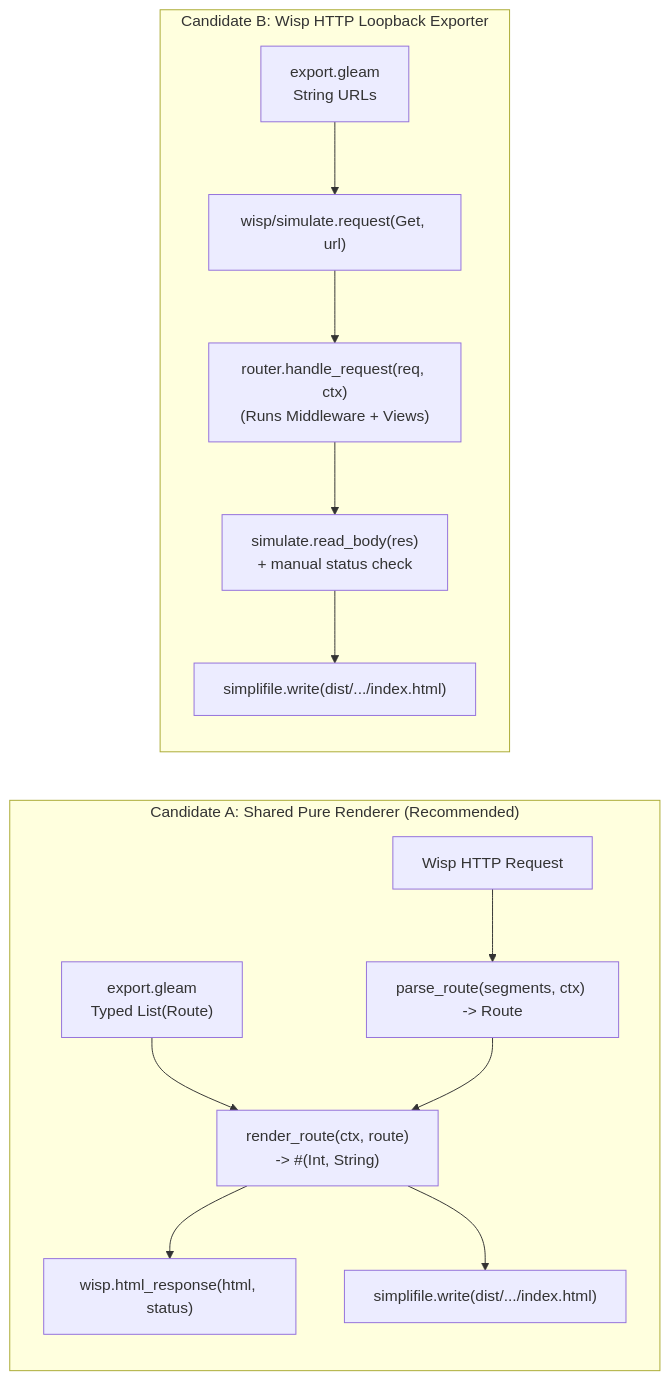
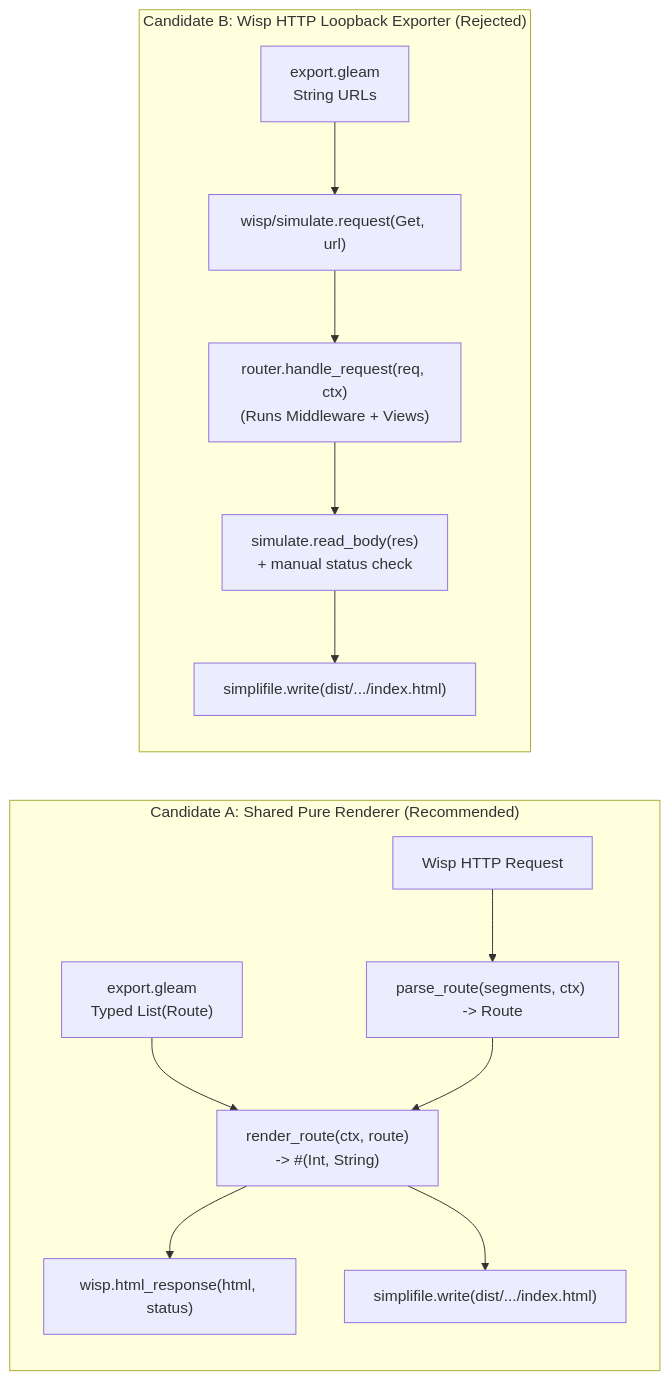
The fourth of 4 diagrams in docs/decisions/ADR-0001-multi-page-wisp-lustre-bento-architecture.md (kazlim-code/dev_ing_website), drawn with Mermaid before and after one commit. The commit also changed other lines of this file, not shown here.

Commit message:
docs(adr): finalize ADR-0001 with Candidate A decision outcome

````diff
--- a/docs/decisions/ADR-0001-multi-page-wisp-lustre-bento-architecture.md
+++ b/docs/decisions/ADR-0001-multi-page-wisp-lustre-bento-architecture.md
@@ -162,19 +162,19 @@
 ```mermaid
 flowchart LR
   subgraph CandA["Candidate A: Shared Pure Renderer (Recommended)"]
     direction TB
     ReqA["Wisp HTTP Request"] --> ParseA["parse_route(segments, ctx) -> Route"]
     ExpA["export.gleam<br/>Typed List(Route)"] --> RenderA["render_route(ctx, route)<br/>-> #(Int, String)"]
     ParseA --> RenderA
     RenderA --> RespA["wisp.html_response(html, status)"]
     RenderA --> DistA["simplifile.write(dist/.../index.html)"]
   end
 
-  subgraph CandB["Candidate B: Wisp HTTP Loopback Exporter"]
+  subgraph CandB["Candidate B: Wisp HTTP Loopback Exporter (Rejected)"]
     direction TB
     ExpB["export.gleam<br/>String URLs"] --> SimB["wisp/simulate.request(Get, url)"]
     SimB --> HandleB["router.handle_request(req, ctx)<br/>(Runs Middleware + Views)"]
     HandleB --> ReadB["simulate.read_body(res)<br/>+ manual status check"]
     ReadB --> DistB["simplifile.write(dist/.../index.html)"]
   end
 ```
````
